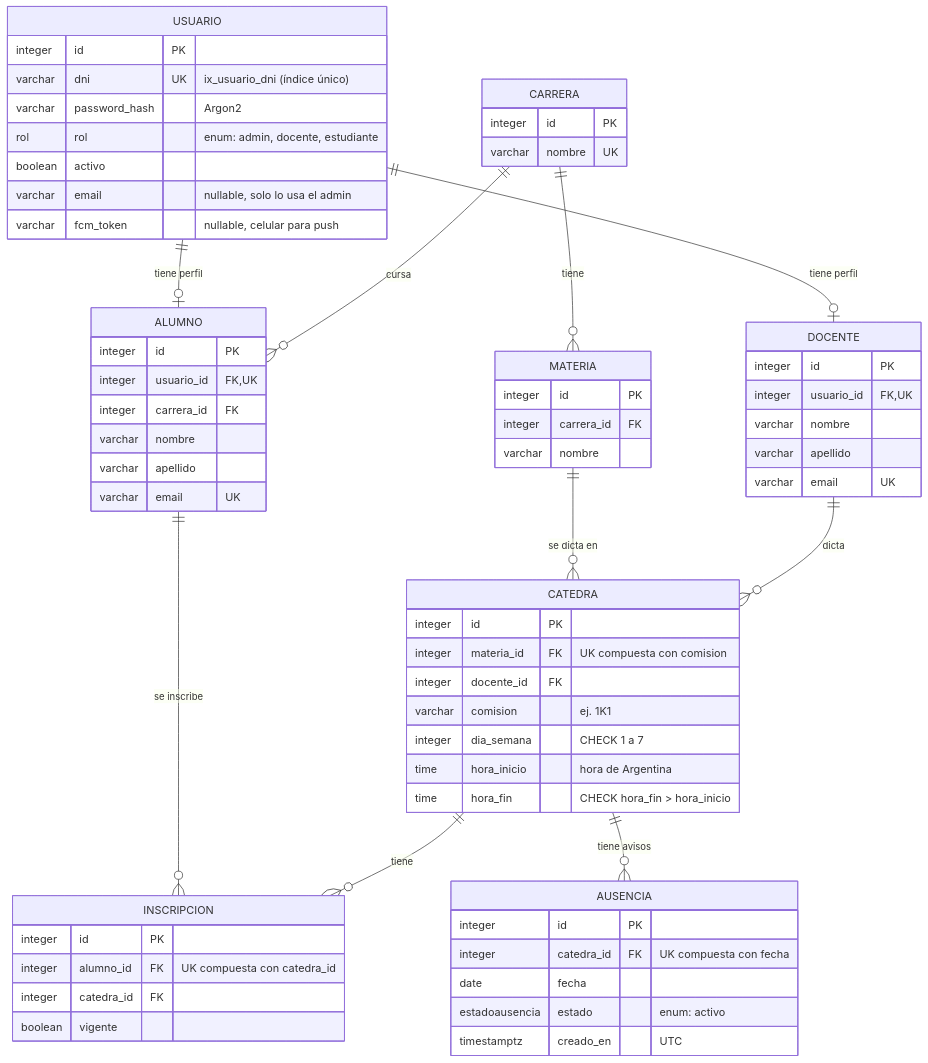
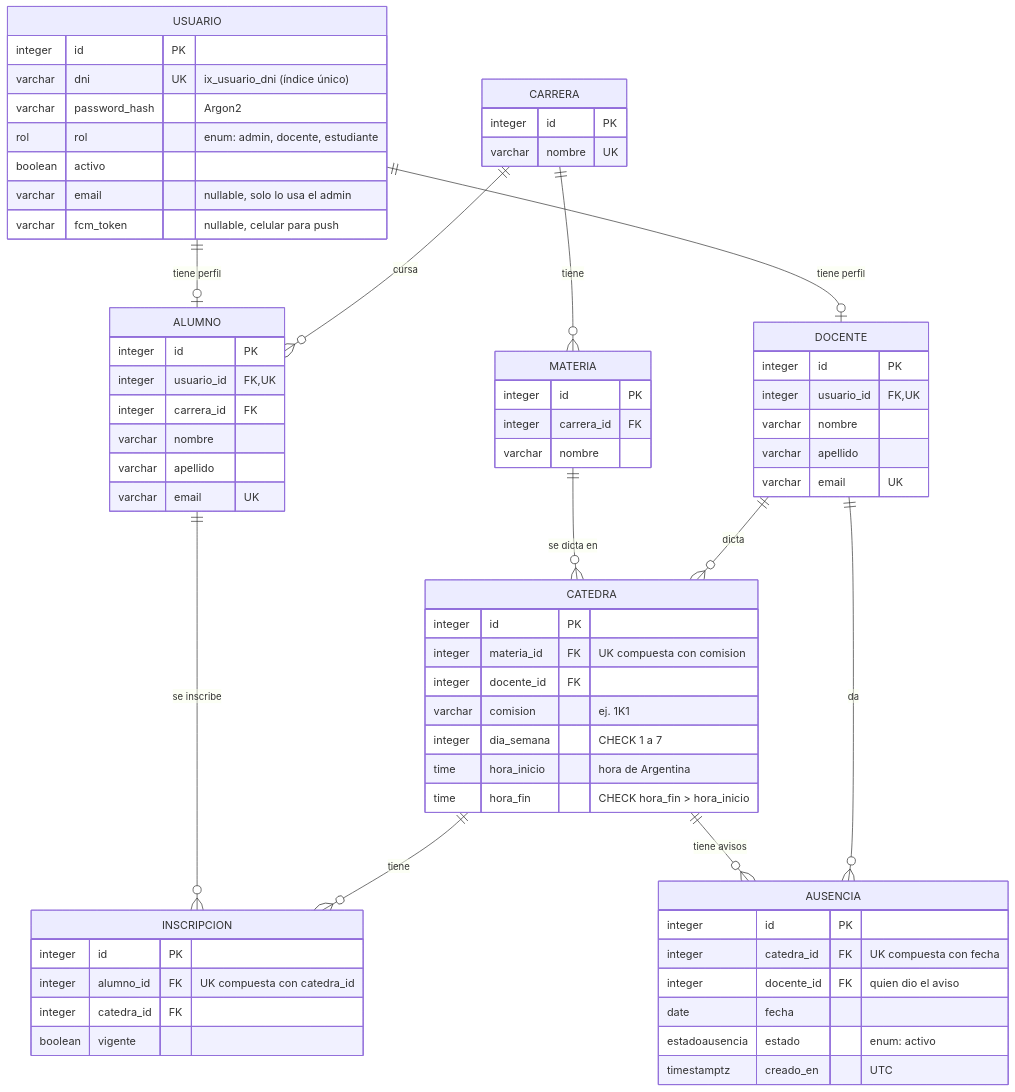
One commit to Andres-M1/Gestion-asistencia changed the first of 5 diagrams in docs/diagramas.md. Above: the diagram before and after it, drawn with Mermaid. The commit also changed other lines of this file and 15 other files, not shown here.

First line of the commit message:
El aviso queda a nombre del docente que lo dio

````diff
--- a/docs/diagramas.md
+++ b/docs/diagramas.md
@@ -19,68 +19,70 @@
 ```mermaid
 erDiagram
     USUARIO ||--o| DOCENTE : "tiene perfil"
     USUARIO ||--o| ALUMNO : "tiene perfil"
     CARRERA ||--o{ MATERIA : "tiene"
     CARRERA ||--o{ ALUMNO : "cursa"
     MATERIA ||--o{ CATEDRA : "se dicta en"
     DOCENTE ||--o{ CATEDRA : "dicta"
     ALUMNO ||--o{ INSCRIPCION : "se inscribe"
     CATEDRA ||--o{ INSCRIPCION : "tiene"
     CATEDRA ||--o{ AUSENCIA : "tiene avisos"
+    DOCENTE ||--o{ AUSENCIA : "da"
 
     USUARIO {
         integer id PK
         varchar dni UK "ix_usuario_dni (índice único)"
         varchar password_hash "Argon2"
         rol rol "enum: admin, docente, estudiante"
         boolean activo
         varchar email "nullable, solo lo usa el admin"
         varchar fcm_token "nullable, celular para push"
     }
     DOCENTE {
         integer id PK
         integer usuario_id FK,UK
         varchar nombre
         varchar apellido
         varchar email UK
     }
     ALUMNO {
         integer id PK
         integer usuario_id FK,UK
         integer carrera_id FK
         varchar nombre
         varchar apellido
         varchar email UK
     }
     CARRERA {
         integer id PK
         varchar nombre UK
     }
     MATERIA {
         integer id PK
         integer carrera_id FK
         varchar nombre
     }
     CATEDRA {
         integer id PK
         integer materia_id FK "UK compuesta con comision"
         integer docente_id FK
         varchar comision "ej. 1K1"
         integer dia_semana "CHECK 1 a 7"
         time hora_inicio "hora de Argentina"
         time hora_fin "CHECK hora_fin > hora_inicio"
     }
     INSCRIPCION {
         integer id PK
         integer alumno_id FK "UK compuesta con catedra_id"
         integer catedra_id FK
         boolean vigente
     }
     AUSENCIA {
         integer id PK
         integer catedra_id FK "UK compuesta con fecha"
+        integer docente_id FK "quien dio el aviso"
         date fecha
         estadoausencia estado "enum: activo"
         timestamptz creado_en "UTC"
     }
 ```
````
